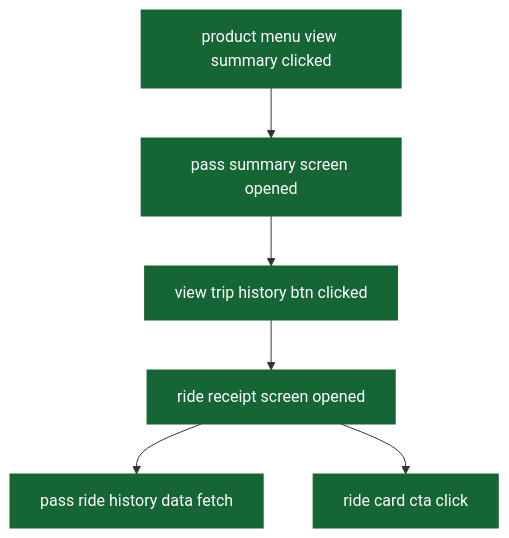
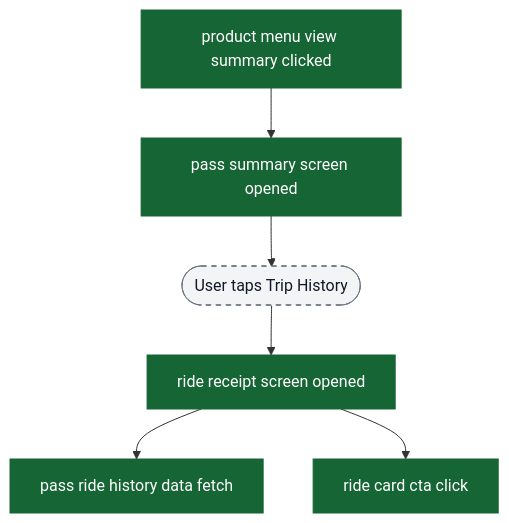
The tenth of 12 diagrams in content/analytics/history/flow-diagrams.md (ratulsarna/chalo-app-dashboard), drawn with Mermaid before and after one commit. The commit also changed other lines of this file and 1 other file, not shown here.

Commit message:
feat(analytics): remove unused event for trip history button and update flow diagrams for clarity

````diff
--- a/content/analytics/history/flow-diagrams.md
+++ b/content/analytics/history/flow-diagrams.md
@@ -294,14 +304,15 @@
 ```mermaid
 flowchart TD
   ev_viewSummary["product menu view summary clicked"] --> ev_passSummary["pass summary screen opened"]
-  ev_passSummary --> ev_viewTripHistory["view trip history btn clicked"]
-  ev_viewTripHistory --> ev_receiptOpen["ride receipt screen opened"]
+  ev_passSummary --> ui_tripHistory([User taps Trip History])
+  ui_tripHistory --> ev_receiptOpen["ride receipt screen opened"]
   ev_receiptOpen --> ev_passRideHistoryFetch["pass ride history data fetch"]
 
   ev_receiptOpen --> ev_rideCardCta["ride card cta click"]
 
   classDef event fill:#166534,stroke:#166534,color:#ffffff;
   classDef ui fill:#f3f4f6,stroke:#6b7280,stroke-dasharray: 5 5,color:#111827;
 
-  class ev_viewSummary,ev_passSummary,ev_viewTripHistory,ev_receiptOpen,ev_passRideHistoryFetch,ev_rideCardCta event;
+  class ev_viewSummary,ev_passSummary,ev_receiptOpen,ev_passRideHistoryFetch,ev_rideCardCta event;
+  class ui_tripHistory ui;
 ```
````
